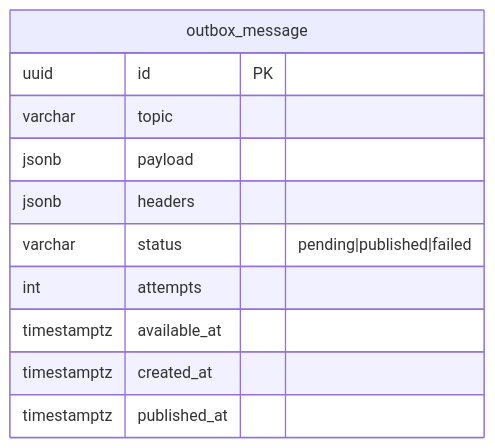
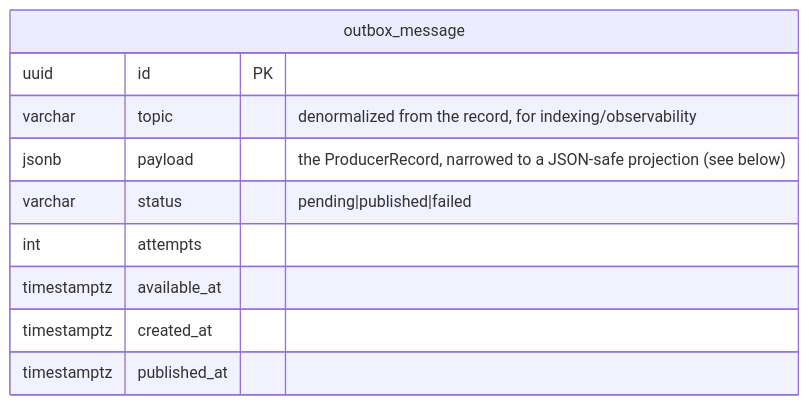
The diagram in plans/ddd-exemplars.md (ernestdolog/subscription-management-service), drawn with Mermaid before and after one commit. The commit also changed other lines of this file, not shown here.

````diff
--- a/plans/ddd-exemplars.md
+++ b/plans/ddd-exemplars.md
@@ -181,14 +259,13 @@
 ```mermaid
 erDiagram
   outbox_message {
     uuid id PK
-    varchar topic
-    jsonb payload
-    jsonb headers
+    varchar topic "denormalized from the record, for indexing/observability"
+    jsonb payload "the ProducerRecord, narrowed to a JSON-safe projection (see below)"
     varchar status "pending|published|failed"
     int attempts
     timestamptz available_at
     timestamptz created_at
     timestamptz published_at
   }
 ```
````
